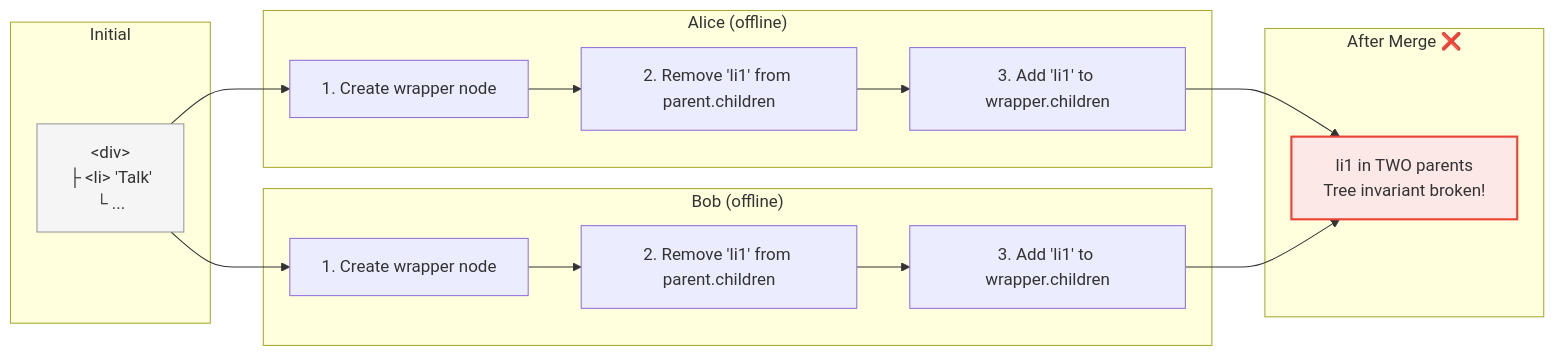
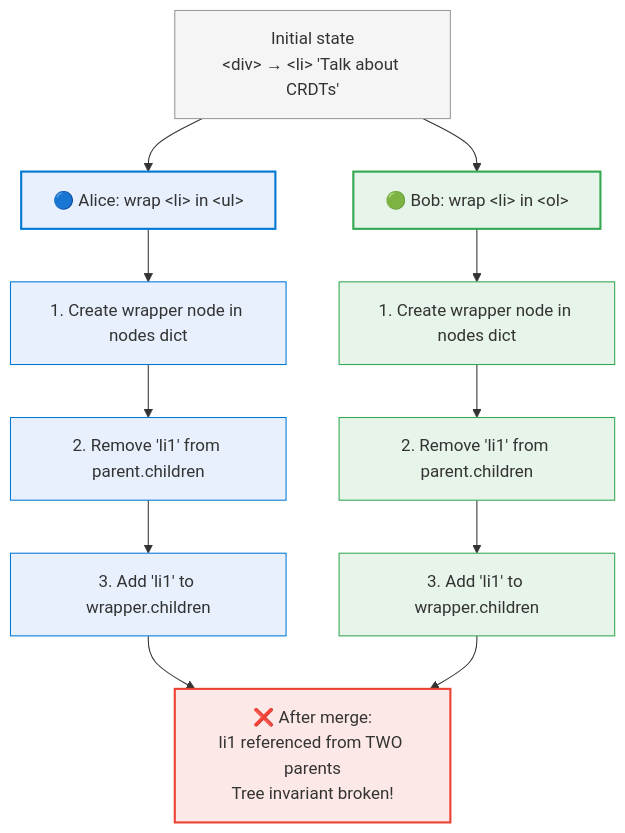
One commit to krsion/master-thesis changed the diagram in img/concurrent-wrap.mmd. Above: the diagram before and after it, drawn with Mermaid. The commit also changed 2 other files, not shown here.

```diff
--- a/img/concurrent-wrap.mmd
+++ b/img/concurrent-wrap.mmd
@@ -1,28 +1,32 @@
-graph LR
-    subgraph "Initial"
-        I["&lt;div&gt;<br/>├ &lt;li&gt; 'Talk'<br/>└ ..."]
-    end
+graph TD
+    I["Initial state<br/>&lt;div&gt; → &lt;li&gt; 'Talk about CRDTs'"]
 
-    subgraph "Alice (offline)"
-        A1["1. Create wrapper node"]
-        A2["2. Remove 'li1' from parent.children"]
-        A3["3. Add 'li1' to wrapper.children"]
-    end
+    A1["🔵 Alice: wrap &lt;li&gt; in &lt;ul&gt;"]
+    A2["1. Create wrapper node in nodes dict"]
+    A3["2. Remove 'li1' from parent.children"]
+    A4["3. Add 'li1' to wrapper.children"]
 
-    subgraph "Bob (offline)"
-        B1["1. Create wrapper node"]
-        B2["2. Remove 'li1' from parent.children"]
-        B3["3. Add 'li1' to wrapper.children"]
-    end
+    B1["🟢 Bob: wrap &lt;li&gt; in &lt;ol&gt;"]
+    B2["1. Create wrapper node in nodes dict"]
+    B3["2. Remove 'li1' from parent.children"]
+    B4["3. Add 'li1' to wrapper.children"]
 
-    subgraph "After Merge ❌"
-        M["li1 in TWO parents<br/>Tree invariant broken!"]
-    end
+    M["❌ After merge:<br/>li1 referenced from TWO parents<br/>Tree invariant broken!"]
 
-    I --> A1 --> A2 --> A3
-    I --> B1 --> B2 --> B3
-    A3 --> M
-    B3 --> M
+    I --> A1
+    I --> B1
+    A1 --> A2 --> A3 --> A4
+    B1 --> B2 --> B3 --> B4
+    A4 --> M
+    B4 --> M
 
+    style I fill:#f5f5f5,stroke:#999
+    style A1 fill:#e8f0fe,stroke:#0078d4,stroke-width:2px
+    style A2 fill:#e8f0fe,stroke:#0078d4
+    style A3 fill:#e8f0fe,stroke:#0078d4
+    style A4 fill:#e8f0fe,stroke:#0078d4
+    style B1 fill:#e6f4ea,stroke:#34a853,stroke-width:2px
+    style B2 fill:#e6f4ea,stroke:#34a853
+    style B3 fill:#e6f4ea,stroke:#34a853
+    style B4 fill:#e6f4ea,stroke:#34a853
     style M fill:#fce8e6,stroke:#ea4335,stroke-width:2px
-    style I fill:#f5f5f5,stroke:#999
```
